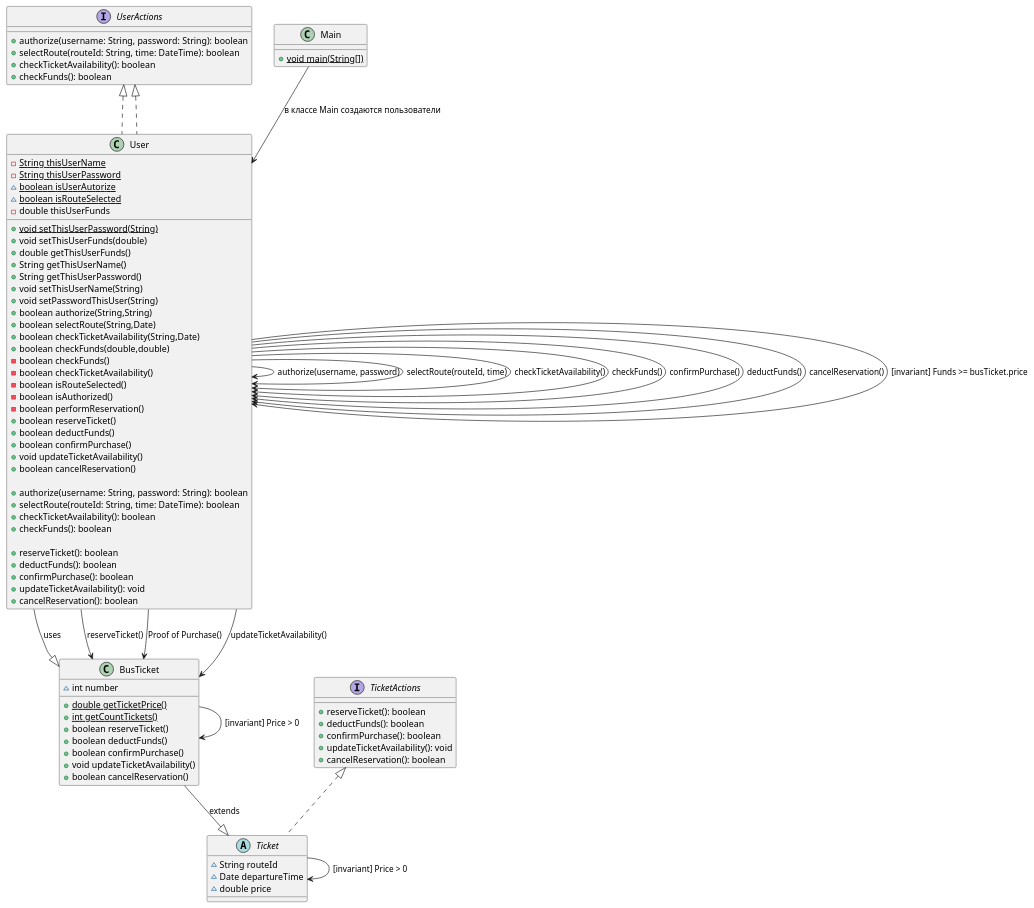
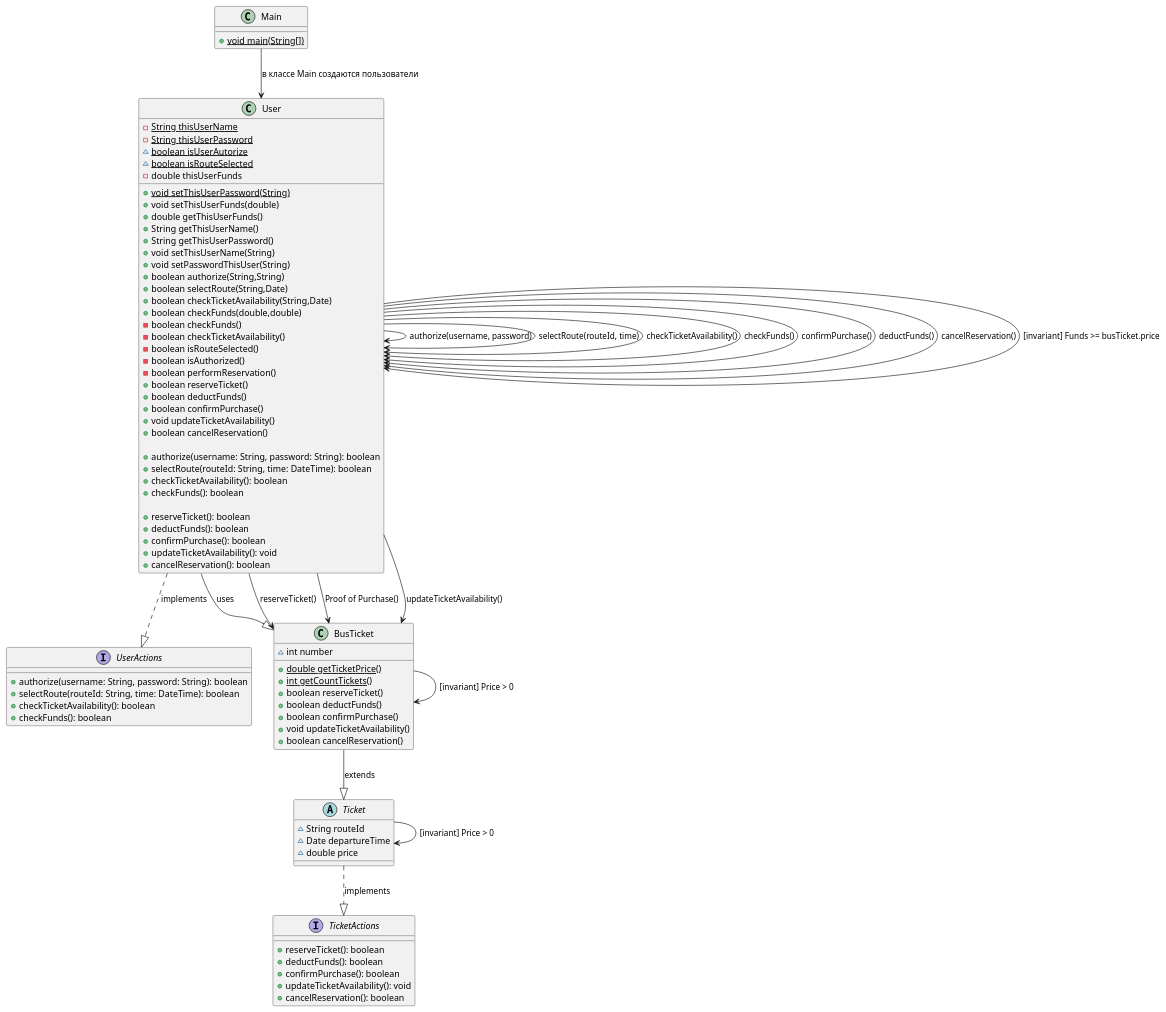
One commit to vlad722011/SoftwareArchitectureHomeworks changed the diagram in HomeWork_4/target/classes/onlineTicket/onlineTicket.puml. Above: the diagram before and after it, drawn with PlantUML. The commit also changed 5 other files, not shown here.

```diff
--- a/HomeWork_4/target/classes/onlineTicket/onlineTicket.puml
+++ b/HomeWork_4/target/classes/onlineTicket/onlineTicket.puml
@@ -1,121 +1,123 @@
 @startuml
 
 ' Интерфейсы
 interface UserActions {
   +authorize(username: String, password: String): boolean
   +selectRoute(routeId: String, time: DateTime): boolean
   +checkTicketAvailability(): boolean
   +checkFunds(): boolean
 }
-UserActions <|.. User
+
 
 interface TicketActions {
   +reserveTicket(): boolean
   +deductFunds(): boolean
   +confirmPurchase(): boolean
   +updateTicketAvailability(): void
   +cancelReservation(): boolean
 }
-TicketActions <|.. Ticket
+
 
 ' Классы и операции:
 
 ' Абстрактный класс "class Ticket" и его наследование
 
 abstract class Ticket {
 ~ String routeId
 ~ Date departureTime
 ~ double price
 }
+Ticket ..|> TicketActions : implements
 
+class BusTicket {
+~ int number
++ {static} double getTicketPrice()
++ {static} int getCountTickets()
++ boolean reserveTicket()
++ boolean deductFunds()
++ boolean confirmPurchase()
++ void updateTicketAvailability()
++ boolean cancelReservation()
+}
+BusTicket --|> Ticket : extends
 
 ' класс, представляющий пользователя системы.
-class User implements UserActions {
+class User {
 ' Приватное статическое поле thisUserName
 - {static} String thisUserName
 ' Приватное статичесое поле passwordThisUser
 - {static} String thisUserPassword
 ' Статическое булево поле isUserAutorize
 ~ {static} boolean isUserAutorize
 ' Статическое булево поле isRouteSelected
 ~ {static} boolean isRouteSelected
 ' Приватное поле thisUserFunds
 - double thisUserFunds
 
 + {static} void setThisUserPassword(String)
 + void setThisUserFunds(double)
 + double getThisUserFunds()
 + String getThisUserName()
 + String getThisUserPassword()
 + void setThisUserName(String)
 + void setPasswordThisUser(String)
 + boolean authorize(String,String)
 + boolean selectRoute(String,Date)
 + boolean checkTicketAvailability(String,Date)
 + boolean checkFunds(double,double)
 - boolean checkFunds()
 - boolean checkTicketAvailability()
 - boolean isRouteSelected()
 - boolean isAuthorized()
 - boolean performReservation()
 + boolean reserveTicket()
 + boolean deductFunds()
 + boolean confirmPurchase()
 + void updateTicketAvailability()
 + boolean cancelReservation()
 
 ' предусловия -->
   +authorize(username: String, password: String): boolean
   +selectRoute(routeId: String, time: DateTime): boolean
   +checkTicketAvailability(): boolean
   +checkFunds(): boolean
  ' <-- предусловия
 
  ' постусловия -->
   +reserveTicket(): boolean
   +deductFunds(): boolean
   +confirmPurchase(): boolean
   +updateTicketAvailability(): void
   +cancelReservation(): boolean
  ' <-- постусловия
 }
 User --|> BusTicket : uses
+User ..|> UserActions : implements
 
 
-class BusTicket {
-~ int number
-+ {static} double getTicketPrice()
-+ {static} int getCountTickets()
-+ boolean reserveTicket()
-+ boolean deductFunds()
-+ boolean confirmPurchase()
-+ void updateTicketAvailability()
-+ boolean cancelReservation()
-}
-BusTicket --|> Ticket : extends
 
 class Main {
 + {static} void main(String[])
 }
 Main --> User : в классе Main создаются пользователи
 
 ' Предусловия
 User --> User : authorize(username, password)
 User --> User : selectRoute(routeId, time)
 User --> User : checkTicketAvailability()
 User --> User : checkFunds()
 
 ' Постусловия
 User --> User : confirmPurchase()
 User --> BusTicket : reserveTicket()
 User --> User : deductFunds()
 User --> BusTicket : Proof of Purchase()
 User --> BusTicket : updateTicketAvailability()
 User --> User : cancelReservation()
 
 ' Инварианты
 User --> User : [invariant] Funds >= busTicket.price
 BusTicket --> BusTicket : [invariant] Price > 0
 Ticket --> Ticket : [invariant] Price > 0
 
 @enduml
```
